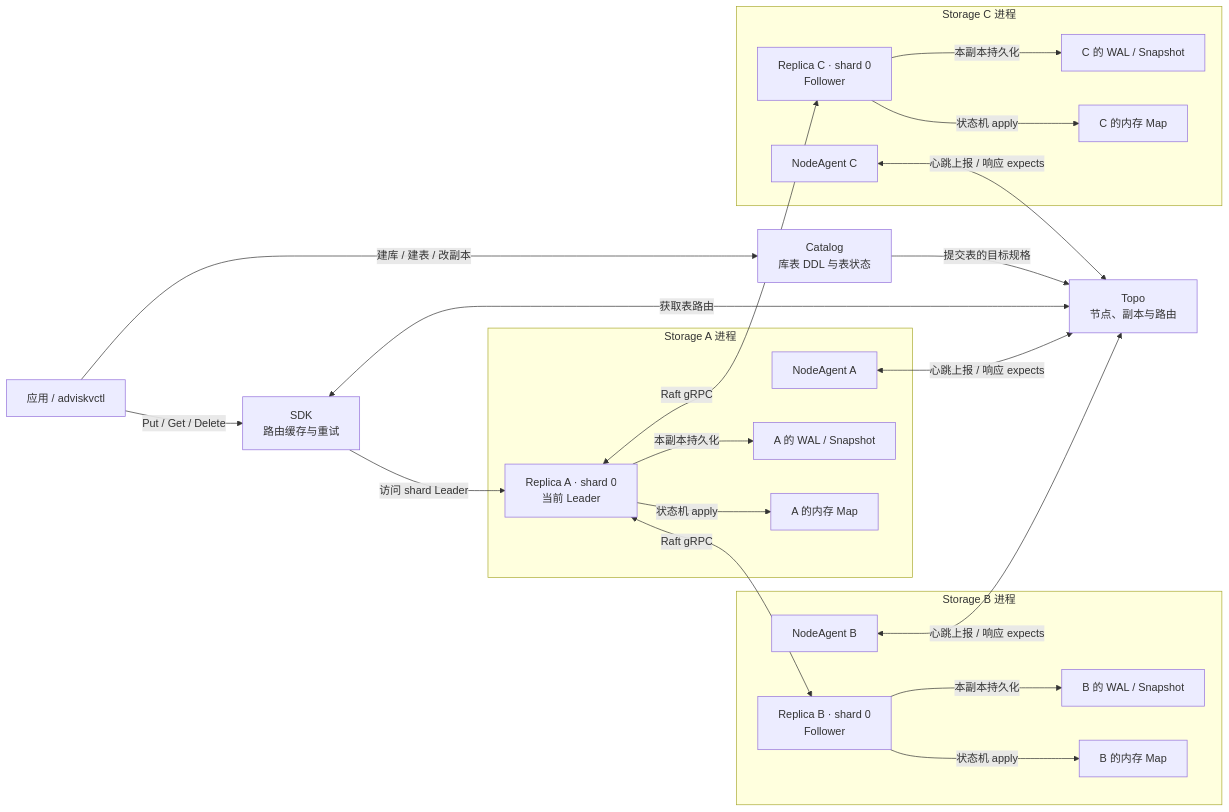
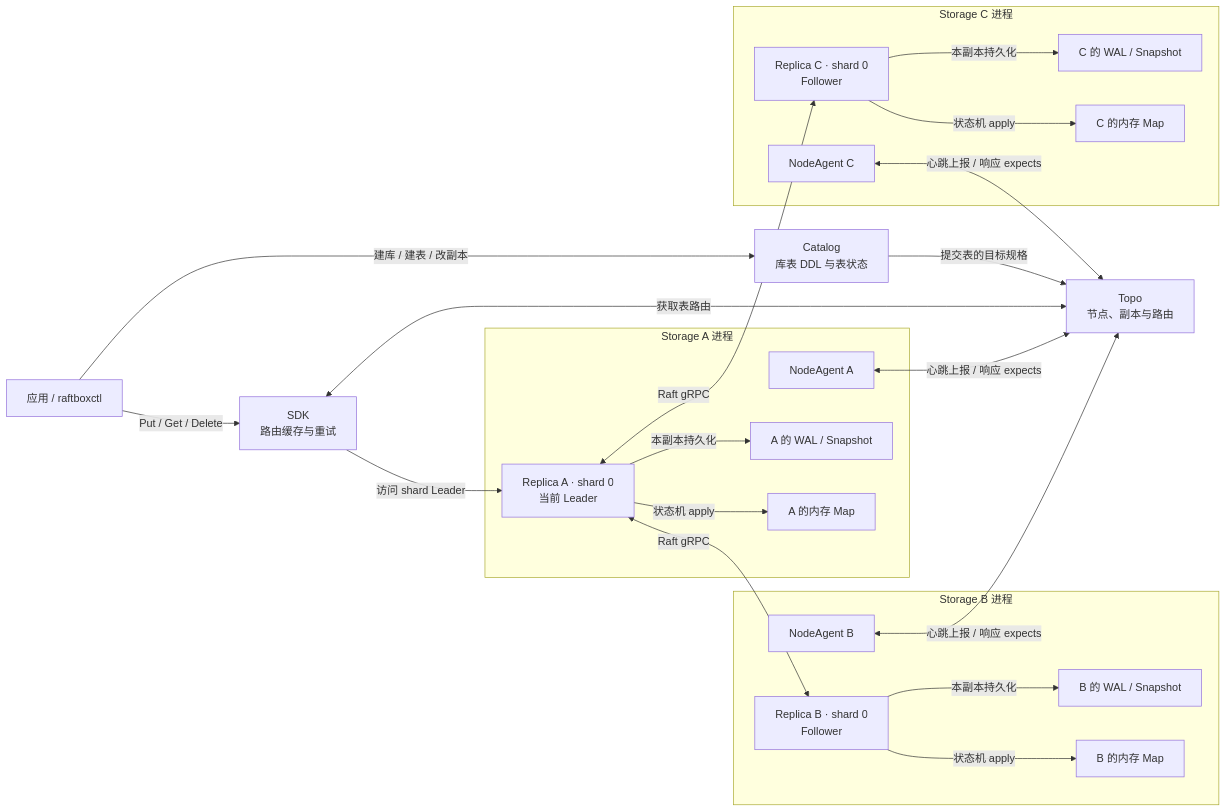
The first of 2 diagrams in docs/interview/图解/01-总览与分片.md (buwan-z/adviskv), drawn with Mermaid before and after one commit. The commit also changed 305 other files, not shown here.

````diff
--- a/docs/interview/图解/01-总览与分片.md
+++ b/docs/interview/图解/01-总览与分片.md
@@ -7,42 +7,42 @@
 ```mermaid
 flowchart LR
-    user["应用 / adviskvctl"]
+    user["应用 / raftboxctl"]
     catalog["Catalog<br/>库表 DDL 与表状态"]
     topo["Topo<br/>节点、副本与路由"]
     sdk["SDK<br/>路由缓存与重试"]
     subgraph storage_a["Storage A 进程"]
         agent_a["NodeAgent A"]
         leader["Replica A · shard 0<br/>当前 Leader"]
         disk_a["A 的 WAL / Snapshot"]
         map_a["A 的内存 Map"]
         leader -->|本副本持久化| disk_a
         leader -->|状态机 apply| map_a
     end
     subgraph storage_b["Storage B 进程"]
         agent_b["NodeAgent B"]
         follower_b["Replica B · shard 0<br/>Follower"]
         disk_b["B 的 WAL / Snapshot"]
         map_b["B 的内存 Map"]
         follower_b -->|本副本持久化| disk_b
         follower_b -->|状态机 apply| map_b
     end
     subgraph storage_c["Storage C 进程"]
         agent_c["NodeAgent C"]
         follower_c["Replica C · shard 0<br/>Follower"]
         disk_c["C 的 WAL / Snapshot"]
         map_c["C 的内存 Map"]
         follower_c -->|本副本持久化| disk_c
         follower_c -->|状态机 apply| map_c
     end
 
     user -->|建库 / 建表 / 改副本| catalog
     catalog -->|提交表的目标规格| topo
     user -->|Put / Get / Delete| sdk
     sdk <-->|获取表路由| topo
     sdk -->|访问 shard Leader| leader
     leader <-->|Raft gRPC| follower_b
     leader <-->|Raft gRPC| follower_c
     agent_a <-->|心跳上报 / 响应 expects| topo
     agent_b <-->|心跳上报 / 响应 expects| topo
     agent_c <-->|心跳上报 / 响应 expects| topo
 ```
````
